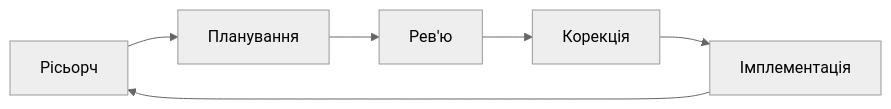
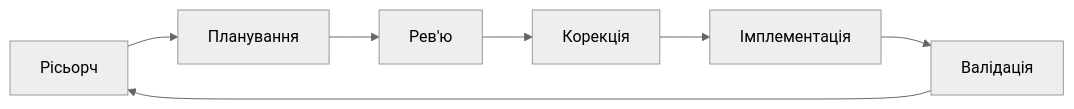
Before and after one commit to holypolyfoundation/knowledge-sharing: the diagram in topics/0-poly-tg-bot-guide/5-how-to-prompt.md, drawn with Mermaid (neutral theme). The commit also changed other lines of this file and 4 other files, not shown here.

````diff
--- a/topics/0-poly-tg-bot-guide/5-how-to-prompt.md
+++ b/topics/0-poly-tg-bot-guide/5-how-to-prompt.md
@@ -23,8 +25,9 @@
 ```mermaid
 flowchart LR
   A[Рісьорч] --> B[Планування]
   B --> C[Рев'ю]
   C --> D[Корекція]
   D --> E[Імплементація]
-  E --> A
+  E --> F[Валідація]
+  F --> A
 ```
````
